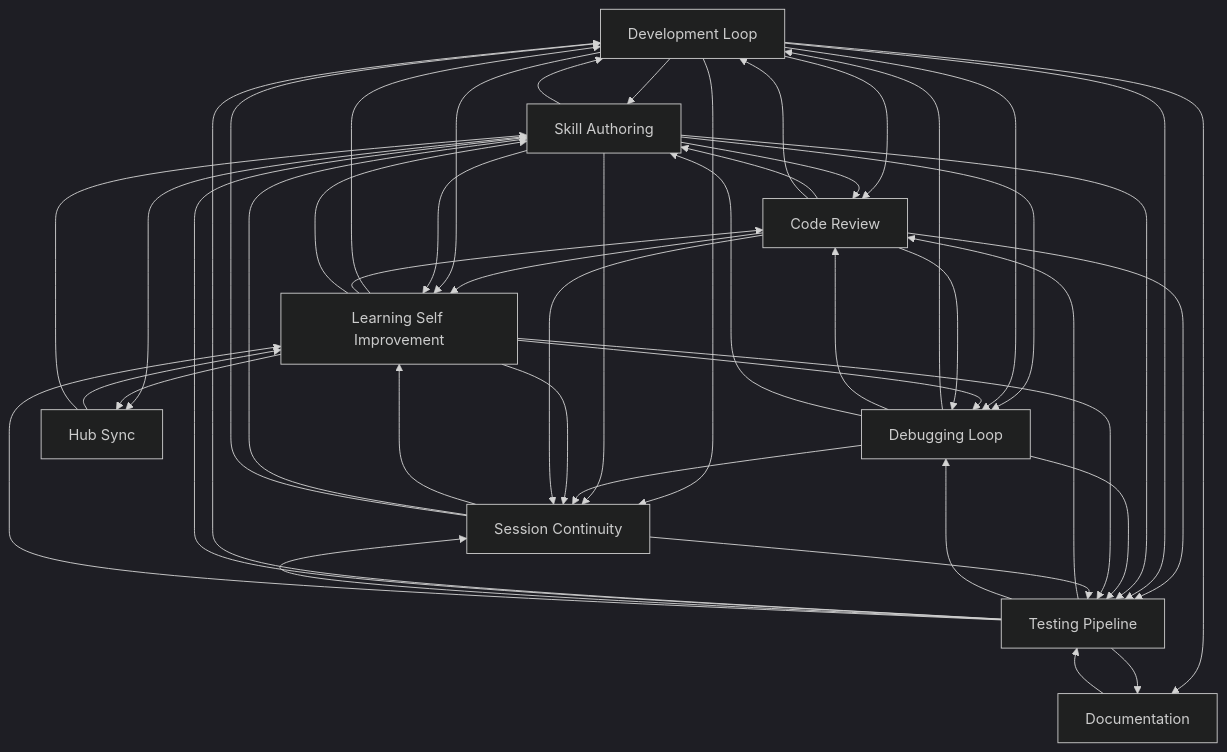
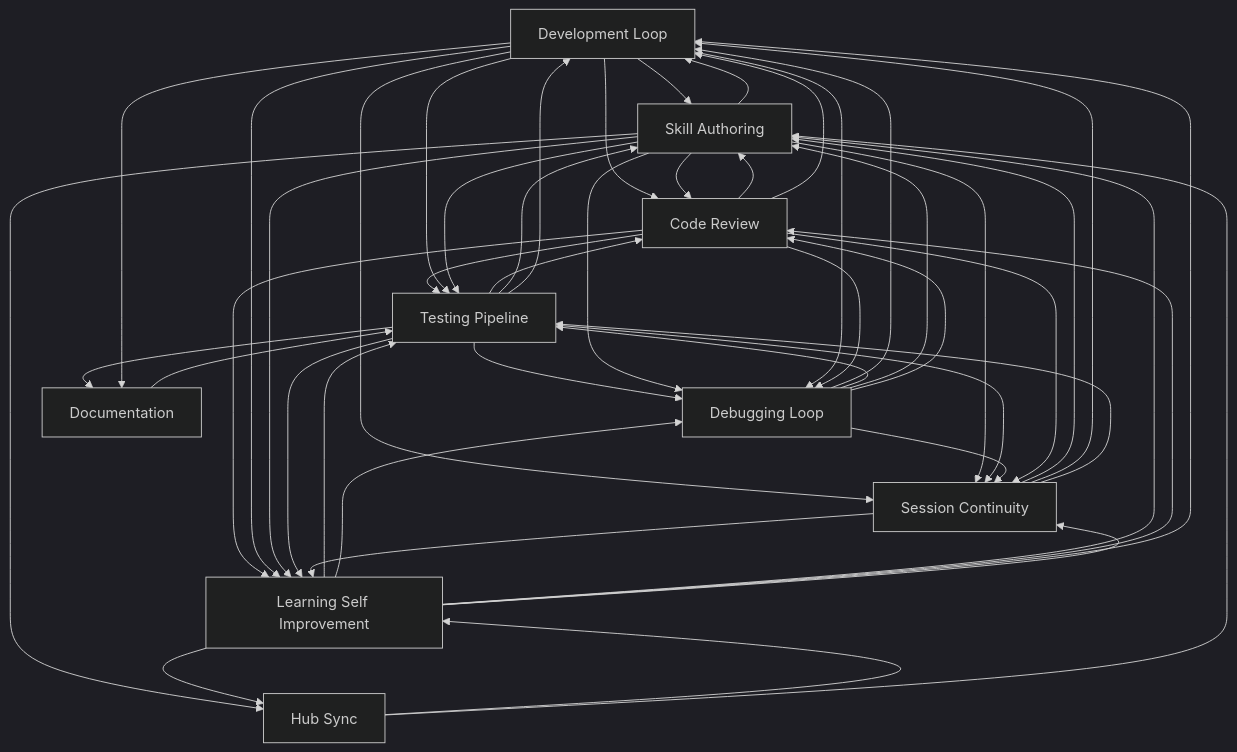
The diagram in docs/workflows/INDEX.md (abhayla/claude-best-practices), drawn with Mermaid (dark theme) before and after one commit. The commit also changed other lines of this file and 27 other files, not shown here.

````diff
--- a/docs/workflows/INDEX.md
+++ b/docs/workflows/INDEX.md
@@ -21,58 +21,58 @@
 ```mermaid
 graph TD
     development_loop[Development Loop]
     testing_pipeline[Testing Pipeline]
     debugging_loop[Debugging Loop]
     learning_self_improvement[Learning Self Improvement]
     session_continuity[Session Continuity]
     skill_authoring[Skill Authoring]
     code_review[Code Review]
     documentation[Documentation]
     hub_sync[Hub Sync]
     documentation --> testing_pipeline
     code_review --> skill_authoring
     code_review --> development_loop
     development_loop --> skill_authoring
     development_loop --> code_review
+    code_review --> testing_pipeline
     code_review --> learning_self_improvement
-    code_review --> testing_pipeline
+    development_loop --> testing_pipeline
     development_loop --> learning_self_improvement
-    development_loop --> testing_pipeline
     testing_pipeline --> code_review
     testing_pipeline --> debugging_loop
+    testing_pipeline --> skill_authoring
     testing_pipeline --> development_loop
-    testing_pipeline --> skill_authoring
     skill_authoring --> code_review
     skill_authoring --> development_loop
+    skill_authoring --> testing_pipeline
     skill_authoring --> learning_self_improvement
-    skill_authoring --> testing_pipeline
     development_loop --> session_continuity
     skill_authoring --> session_continuity
+    testing_pipeline --> session_continuity
     debugging_loop --> session_continuity
     debugging_loop --> development_loop
-    testing_pipeline --> session_continuity
     skill_authoring --> debugging_loop
     debugging_loop --> testing_pipeline
+    debugging_loop --> skill_authoring
     debugging_loop --> code_review
-    debugging_loop --> skill_authoring
     development_loop --> debugging_loop
+    learning_self_improvement --> testing_pipeline
     learning_self_improvement --> debugging_loop
+    learning_self_improvement --> skill_authoring
+    learning_self_improvement --> code_review
     learning_self_improvement --> development_loop
-    learning_self_improvement --> testing_pipeline
-    learning_self_improvement --> code_review
-    learning_self_improvement --> skill_authoring
     code_review --> debugging_loop
+    testing_pipeline --> learning_self_improvement
     learning_self_improvement --> session_continuity
-    testing_pipeline --> learning_self_improvement
     code_review --> session_continuity
     session_continuity --> learning_self_improvement
     session_continuity --> skill_authoring
+    testing_pipeline --> documentation
     development_loop --> documentation
-    testing_pipeline --> documentation
     session_continuity --> development_loop
     session_continuity --> testing_pipeline
     skill_authoring --> hub_sync
     learning_self_improvement --> hub_sync
     hub_sync --> learning_self_improvement
     hub_sync --> skill_authoring
 ```
````
